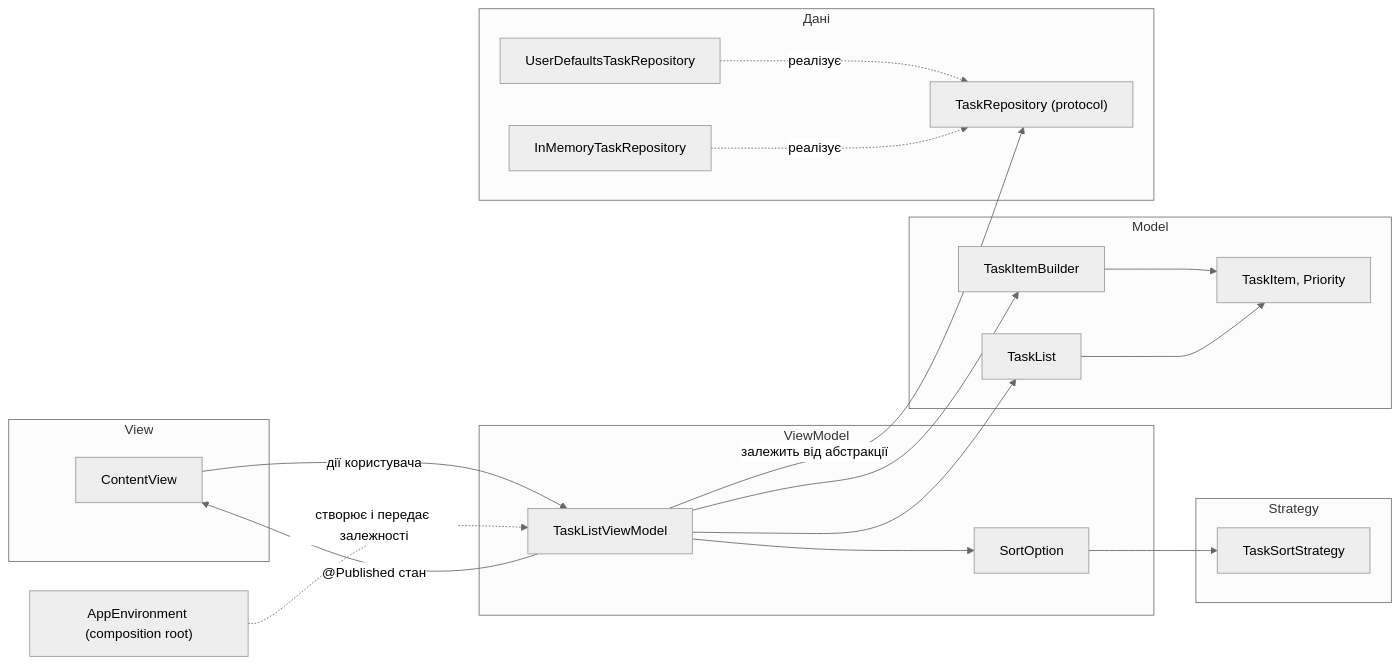
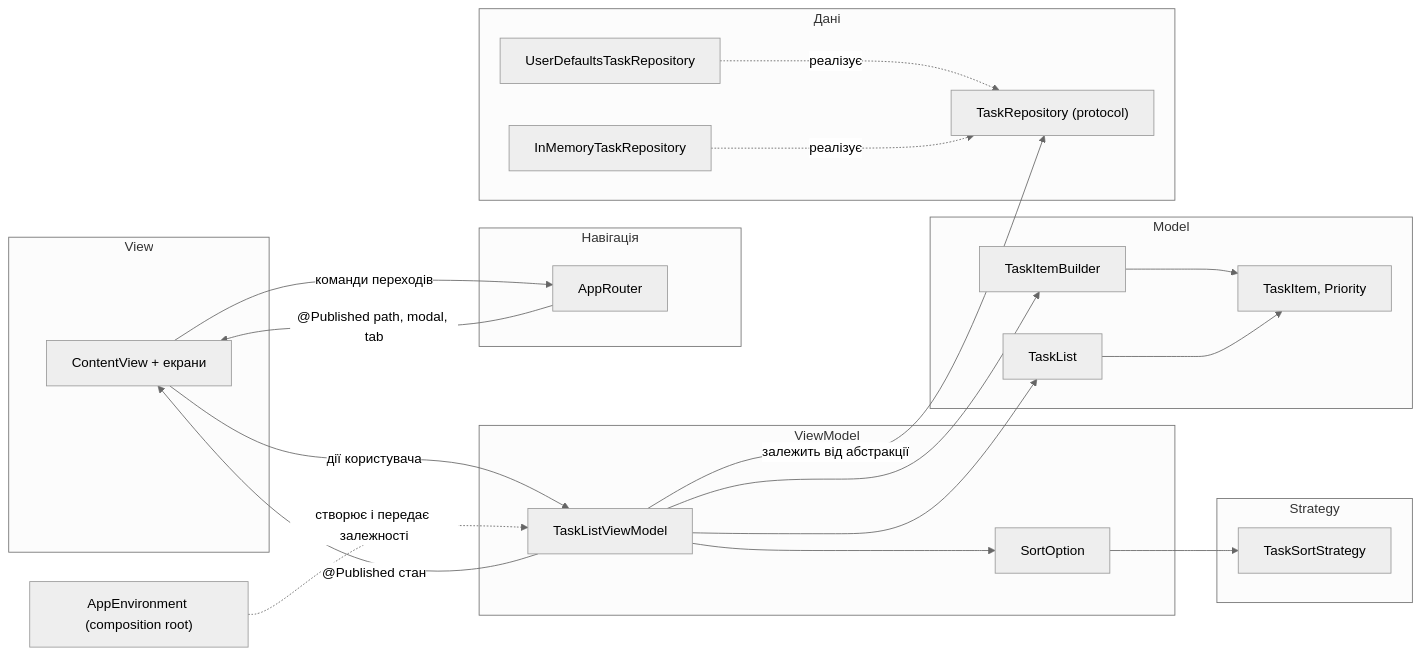
One commit to sofia-viazovska/TaskManagerIOS changed the first of 2 diagrams in docs/ARCHITECTURE.md. Above: the diagram before and after it, drawn with Mermaid (neutral theme). The commit also changed other lines of this file and 12 other files, not shown here.

````diff
--- a/docs/ARCHITECTURE.md
+++ b/docs/ARCHITECTURE.md
@@ -52,37 +55,42 @@
 ```mermaid
 flowchart LR
     subgraph V["View"]
-        CV["ContentView"]
+        CV["ContentView + екрани"]
+    end
+    subgraph N["Навігація"]
+        RT["AppRouter"]
     end
     subgraph VMG["ViewModel"]
         VM["TaskListViewModel"]
         SO["SortOption"]
     end
     subgraph M["Model"]
         TL["TaskList"]
         TI["TaskItem, Priority"]
         B["TaskItemBuilder"]
     end
     subgraph ST["Strategy"]
         S["TaskSortStrategy"]
     end
     subgraph D["Дані"]
         R["TaskRepository (protocol)"]
         UD["UserDefaultsTaskRepository"]
         IM["InMemoryTaskRepository"]
     end
     ENV["AppEnvironment (composition root)"]
 
     CV -->|дії користувача| VM
+    CV -->|команди переходів| RT
+    RT -->|"@Published path, modal, tab"| CV
     VM -->|"@Published стан"| CV
     VM --> TL
     VM --> B
     B --> TI
     TL --> TI
     VM --> SO
     SO --> S
     VM -->|залежить від абстракції| R
     UD -.->|реалізує| R
     IM -.->|реалізує| R
     ENV -.->|створює і передає залежності| VM
 ```
````
